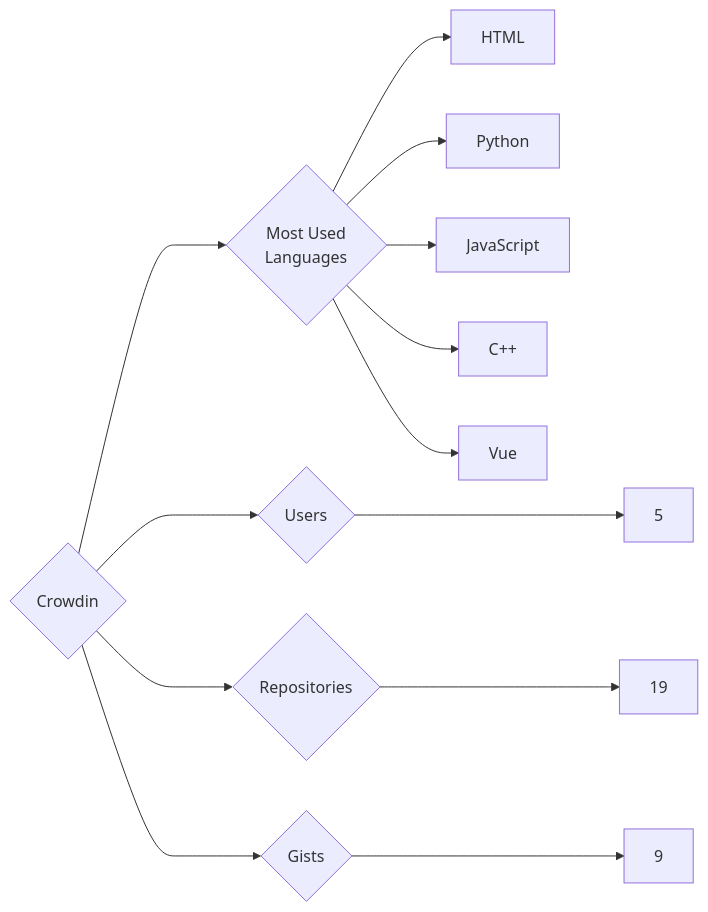
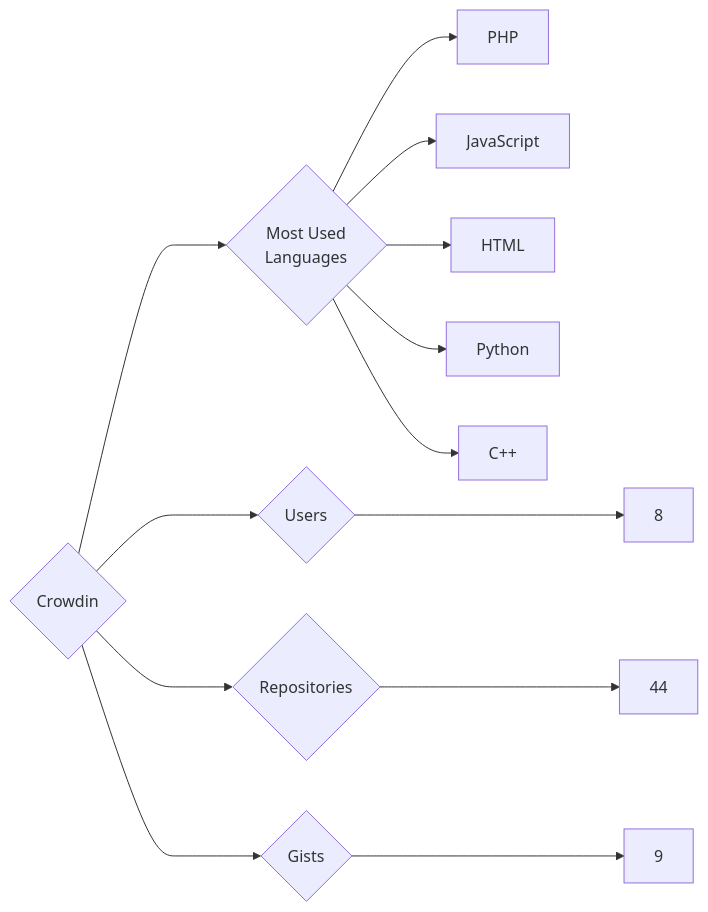
Before and after one commit to trickest/insiders: the diagram in targets/Crowdin/README.md, drawn with Mermaid. The commit also changed 622 other files, not shown here.

````diff
--- a/targets/Crowdin/README.md
+++ b/targets/Crowdin/README.md
@@ -3,13 +3,13 @@
 ```mermaid
 graph LR
 COMPANY_NAME{Crowdin}
-COMPANY_NAME ---> U{Users} ---> UN[5]
-COMPANY_NAME ---> R{Repositories} ---> RN[19]
+COMPANY_NAME ---> U{Users} ---> UN[8]
+COMPANY_NAME ---> R{Repositories} ---> RN[44]
 COMPANY_NAME ---> G{Gists} ---> GN[9]
 COMPANY_NAME ---> ML{Most Used<br>Languages}
+ML --> PHP[PHP]
+ML --> JavaScript[JavaScript]
 ML --> HTML[HTML]
 ML --> Python[Python]
-ML --> JavaScript[JavaScript]
 ML --> C++[C++]
-ML --> Vue[Vue]
 ```
````
